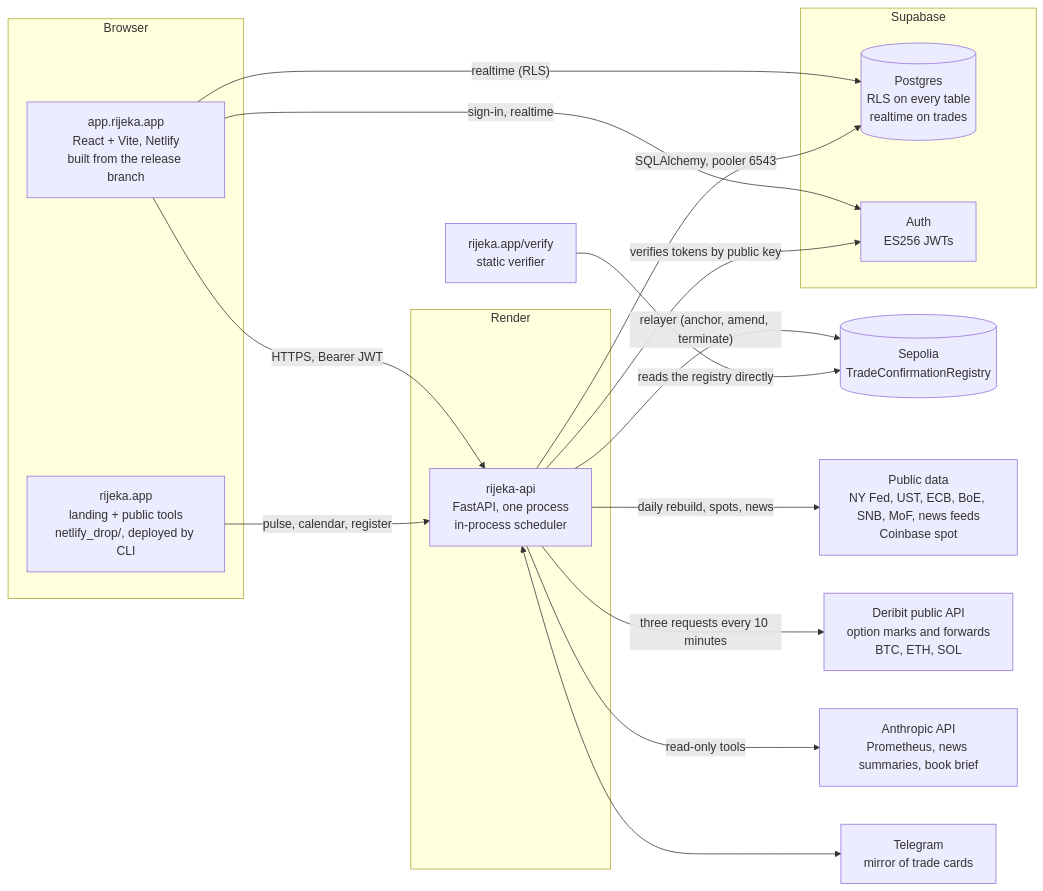
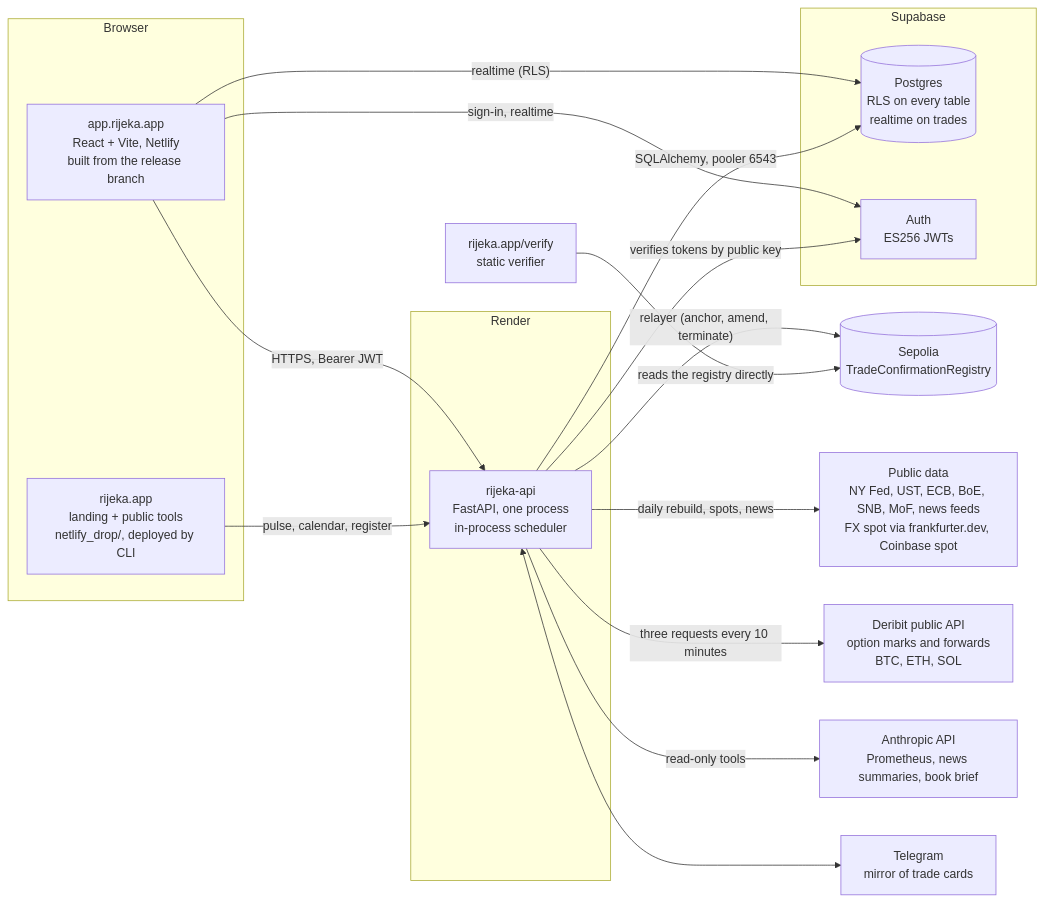
The diagram in docs/architecture.md (MikoDevedzic/rijeka), drawn with Mermaid before and after one commit. The commit also changed other lines of this file and 11 other files, not shown here.

````diff
--- a/docs/architecture.md
+++ b/docs/architecture.md
@@ -9,31 +9,31 @@
 ```mermaid
 flowchart LR
   subgraph Browser
     APP[app.rijeka.app<br/>React + Vite, Netlify<br/>built from the release branch]
     LAND[rijeka.app<br/>landing + public tools<br/>netlify_drop/, deployed by CLI]
   end
   subgraph Render
     API[rijeka-api<br/>FastAPI, one process<br/>in-process scheduler]
   end
   subgraph Supabase
     PG[(Postgres<br/>RLS on every table<br/>realtime on trades)]
     AUTH[Auth<br/>ES256 JWTs]
   end
   CHAIN[(Sepolia<br/>TradeConfirmationRegistry)]
-  PUB[Public data<br/>NY Fed, UST, ECB, BoE, SNB, MoF, news feeds<br/>Coinbase spot]
+  PUB[Public data<br/>NY Fed, UST, ECB, BoE, SNB, MoF, news feeds<br/>FX spot via frankfurter.dev, Coinbase spot]
   VENUE[Deribit public API<br/>option marks and forwards<br/>BTC, ETH, SOL]
   ANTH[Anthropic API<br/>Prometheus, news summaries, book brief]
   TG[Telegram<br/>mirror of trade cards]
   APP -- "HTTPS, Bearer JWT" --> API
   APP -- "sign-in, realtime" --> AUTH
   APP -- "realtime (RLS)" --> PG
   API -- "SQLAlchemy, pooler 6543" --> PG
   API -- "verifies tokens by public key" --> AUTH
   API -- "relayer (anchor, amend, terminate)" --> CHAIN
   API -- "daily rebuild, spots, news" --> PUB
   API -- "three requests every 10 minutes" --> VENUE
   API -- "read-only tools" --> ANTH
   API <--> TG
   LAND -- "pulse, calendar, register" --> API
   VERIFY[rijeka.app/verify<br/>static verifier] -- "reads the registry directly" --> CHAIN
 ```
````
